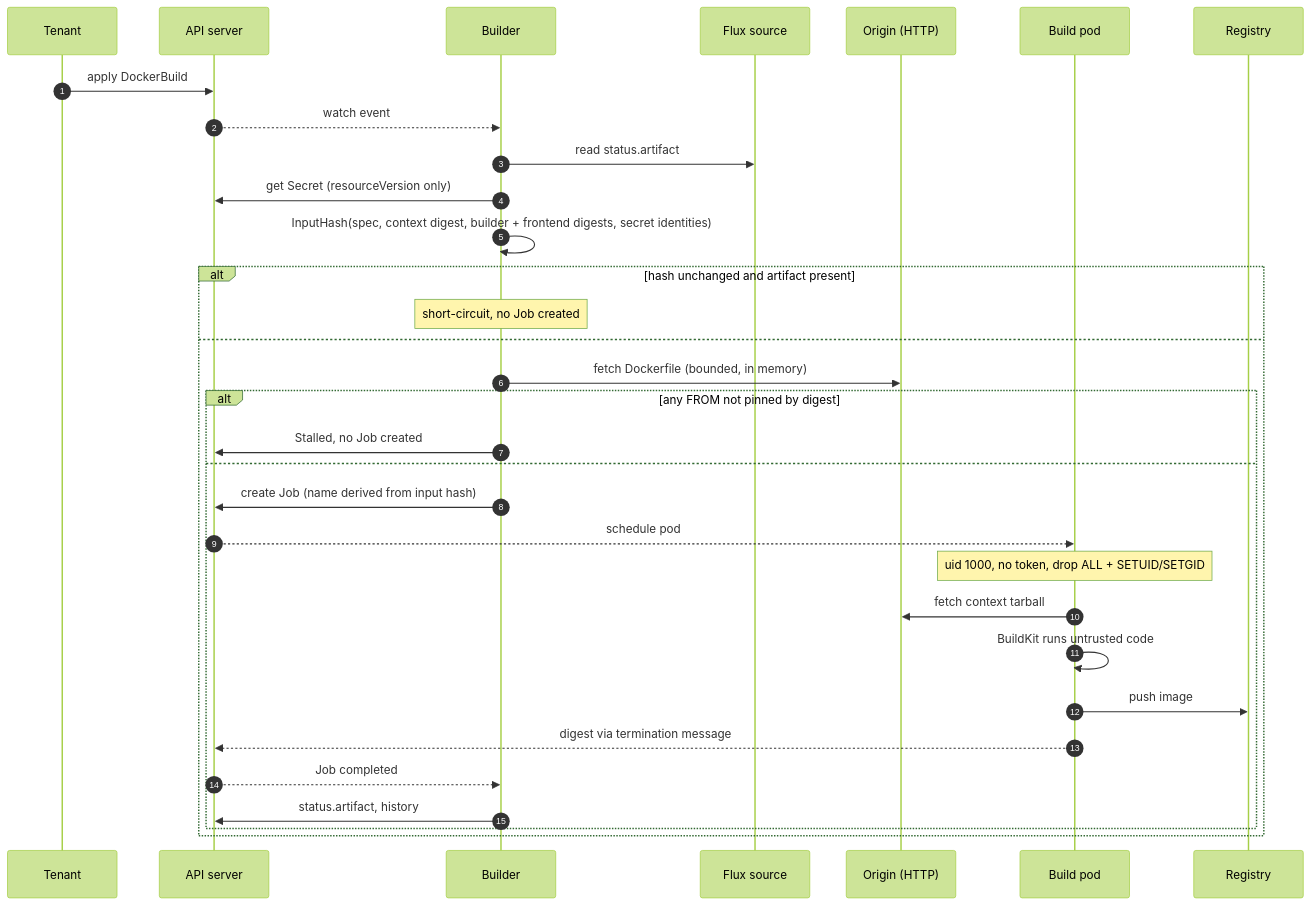
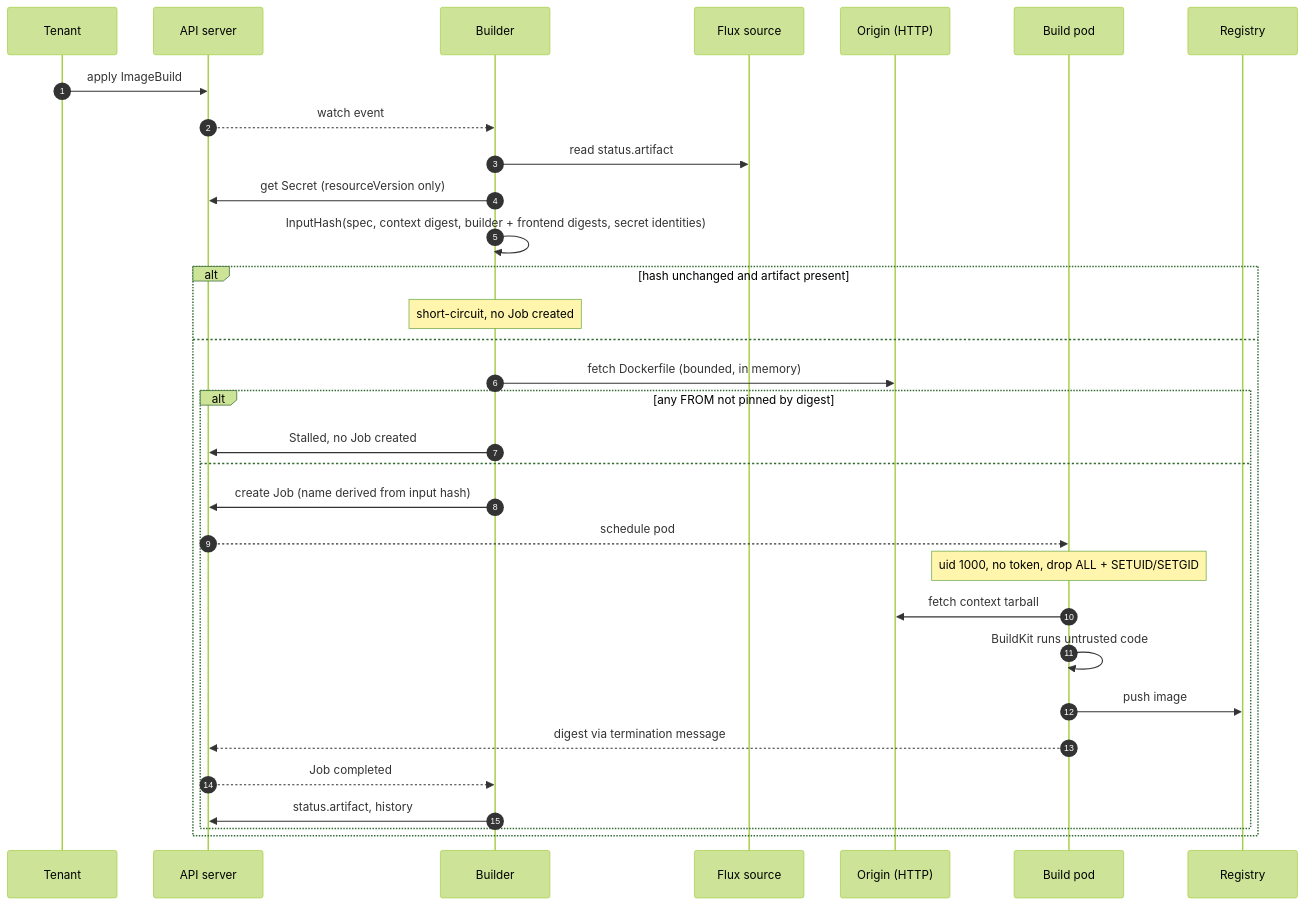
One commit to lhns/kube-oci-composer changed the third of 3 diagrams in docs/threat-model.md. Above: the diagram before and after it, drawn with Mermaid (forest theme). The commit also changed other lines of this file and 33 other files, not shown here.

````diff
--- a/docs/threat-model.md
+++ b/docs/threat-model.md
@@ -243,36 +243,36 @@
 ```mermaid
 sequenceDiagram
     autonumber
     participant T as Tenant
     participant K as API server
     participant B as Builder
     participant S as Flux source
     participant O as Origin (HTTP)
     participant J as Build pod
     participant R as Registry
 
-    T->>K: apply DockerBuild
+    T->>K: apply ImageBuild
     K-->>B: watch event
     B->>S: read status.artifact
     B->>K: get Secret (resourceVersion only)
     B->>B: InputHash(spec, context digest, builder + frontend digests, secret identities)
 
     alt hash unchanged and artifact present
         Note over B: short-circuit, no Job created
     else
         B->>O: fetch Dockerfile (bounded, in memory)
         alt any FROM not pinned by digest
             B->>K: Stalled, no Job created
         else
             B->>K: create Job (name derived from input hash)
             K-->>J: schedule pod
             Note over J: uid 1000, no token, drop ALL + SETUID/SETGID
             J->>O: fetch context tarball
             J->>J: BuildKit runs untrusted code
             J->>R: push image
             J-->>K: digest via termination message
             K-->>B: Job completed
             B->>K: status.artifact, history
         end
     end
 ```
````
